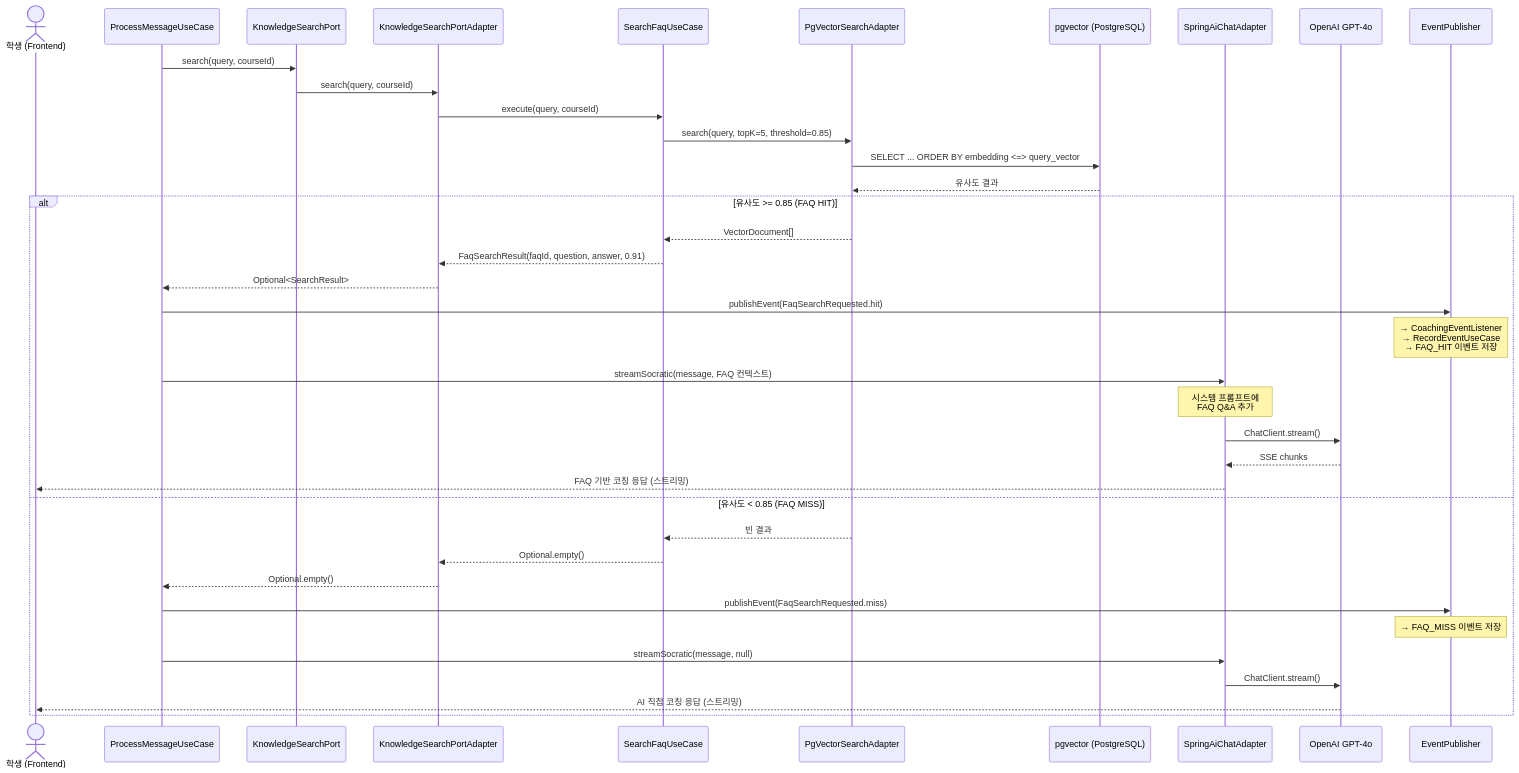
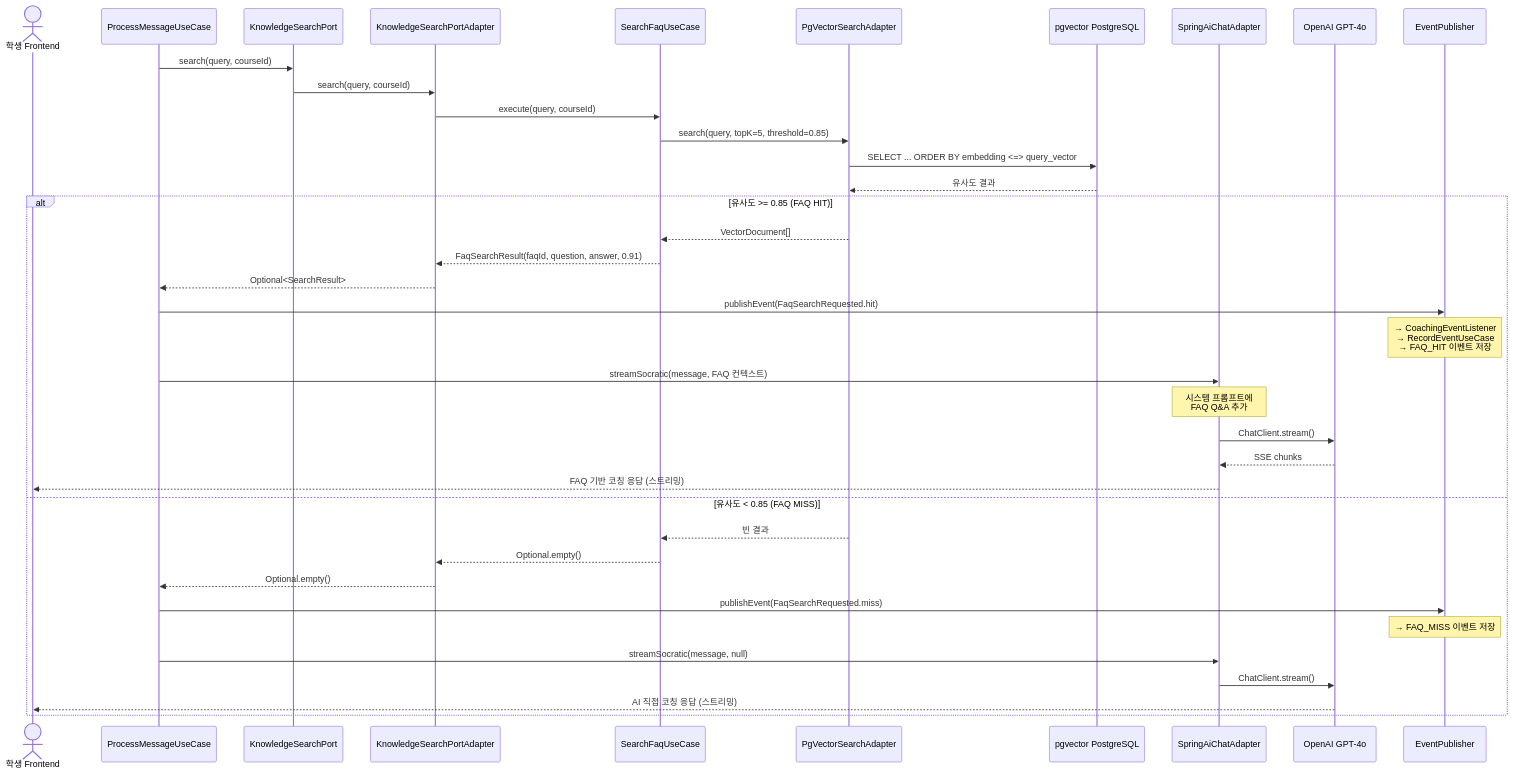
Before and after one commit to kimuragen23/nadoCEO_BE: the second of 8 diagrams in docs/sequence-diagrams.md, drawn with Mermaid. The commit also changed other lines of this file, not shown here.

First line of the commit message:
fix: Mermaid 시퀀스 다이어그램 렌더링 오류 수정

````diff
--- a/docs/sequence-diagrams.md
+++ b/docs/sequence-diagrams.md
@@ -68,47 +68,47 @@
 ```mermaid
 sequenceDiagram
-    actor Student as 학생 (Frontend)
+    actor Student as 학생 Frontend
     participant UseCase as ProcessMessageUseCase
     participant Port as KnowledgeSearchPort
     participant Adapter as KnowledgeSearchPortAdapter
     participant Search as SearchFaqUseCase
     participant Vector as PgVectorSearchAdapter
-    participant PG as pgvector (PostgreSQL)
+    participant PG as pgvector PostgreSQL
     participant AI as SpringAiChatAdapter
     participant GPT as OpenAI GPT-4o
     participant Publisher as EventPublisher
 
     UseCase->>Port: search(query, courseId)
     Port->>Adapter: search(query, courseId)
     Adapter->>Search: execute(query, courseId)
     Search->>Vector: search(query, topK=5, threshold=0.85)
     Vector->>PG: SELECT ... ORDER BY embedding <=> query_vector
     PG-->>Vector: 유사도 결과
 
     alt 유사도 >= 0.85 (FAQ HIT)
         Vector-->>Search: VectorDocument[]
         Search-->>Adapter: FaqSearchResult(faqId, question, answer, 0.91)
         Adapter-->>UseCase: Optional<SearchResult>
 
         UseCase->>Publisher: publishEvent(FaqSearchRequested.hit)
         Note over Publisher: → CoachingEventListener<br/>→ RecordEventUseCase<br/>→ FAQ_HIT 이벤트 저장
 
         UseCase->>AI: streamSocratic(message, FAQ 컨텍스트)
         Note over AI: 시스템 프롬프트에<br/>FAQ Q&A 추가
         AI->>GPT: ChatClient.stream()
         GPT-->>AI: SSE chunks
         AI-->>Student: FAQ 기반 코칭 응답 (스트리밍)
 
     else 유사도 < 0.85 (FAQ MISS)
         Vector-->>Search: 빈 결과
         Search-->>Adapter: Optional.empty()
         Adapter-->>UseCase: Optional.empty()
 
         UseCase->>Publisher: publishEvent(FaqSearchRequested.miss)
         Note over Publisher: → FAQ_MISS 이벤트 저장
 
         UseCase->>AI: streamSocratic(message, null)
         AI->>GPT: ChatClient.stream()
         GPT-->>Student: AI 직접 코칭 응답 (스트리밍)
     end
 ```
````
